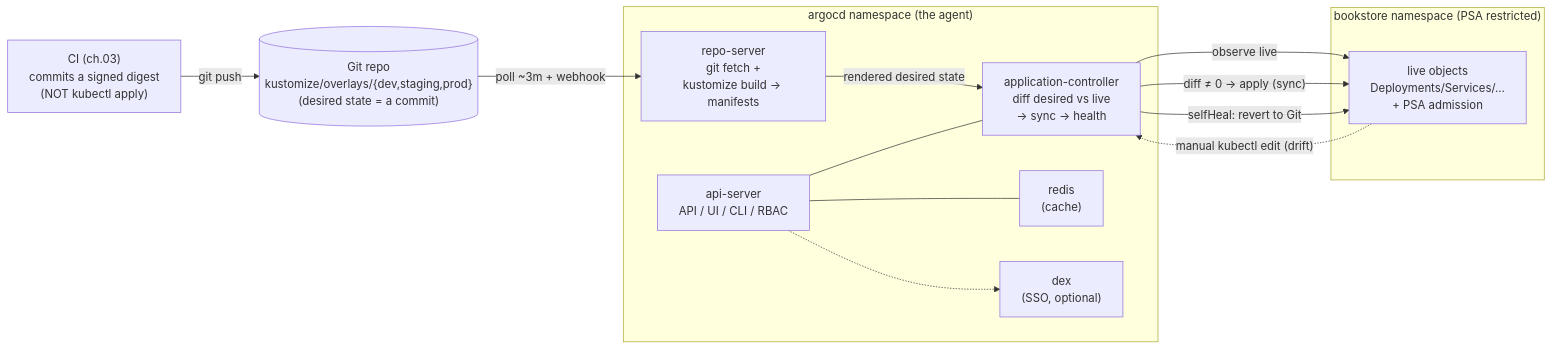
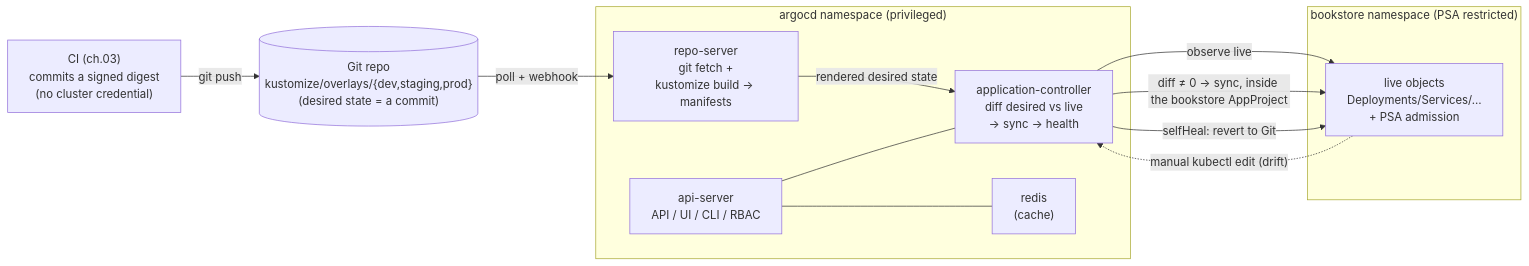
One commit to abd-ulbasit/bookstore-kubernetes-guide changed the diagram in full-guide/07-delivery/04-gitops-argocd.md. Above: the diagram before and after it, drawn with Mermaid. The commit also changed other lines of this file and 4 other files, not shown here.

First line of the commit message:
07.04: GitOps with Argo CD as a privileged system

````diff
--- a/full-guide/07-delivery/04-gitops-argocd.md
+++ b/full-guide/07-delivery/04-gitops-argocd.md
@@ -99,28 +104,26 @@
 ```mermaid
 flowchart LR
     git[("Git repo<br/>kustomize/overlays/{dev,staging,prod}<br/>(desired state = a commit)")]
-    ci["CI (ch.03)<br/>commits a signed digest<br/>(NOT kubectl apply)"]
+    ci["CI (ch.03)<br/>commits a signed digest<br/>(no cluster credential)"]
 
-    subgraph argocd["argocd namespace (the agent)"]
+    subgraph argocd["argocd namespace (privileged)"]
       repo["repo-server<br/>git fetch +<br/>kustomize build → manifests"]
       ctrl["application-controller<br/>diff desired vs live<br/>→ sync → health"]
       api["api-server<br/>API / UI / CLI / RBAC"]
       redis["redis<br/>(cache)"]
-      dex["dex<br/>(SSO, optional)"]
     end
 
     subgraph bs["bookstore namespace (PSA restricted)"]
       live["live objects<br/>Deployments/Services/…<br/>+ PSA admission"]
     end
 
     ci -->|git push| git
-    git -->|"poll ~3m + webhook"| repo
+    git -->|"poll + webhook"| repo
     repo -->|rendered desired state| ctrl
     ctrl -->|"observe live"| live
-    ctrl -->|"diff ≠ 0 → apply (sync)"| live
+    ctrl -->|"diff ≠ 0 → sync, inside the bookstore AppProject"| live
     live -. "manual kubectl edit (drift)" .-> ctrl
     ctrl -->|"selfHeal: revert to Git"| live
     api --- ctrl
     api --- redis
-    api -.-> dex
 ```
````
